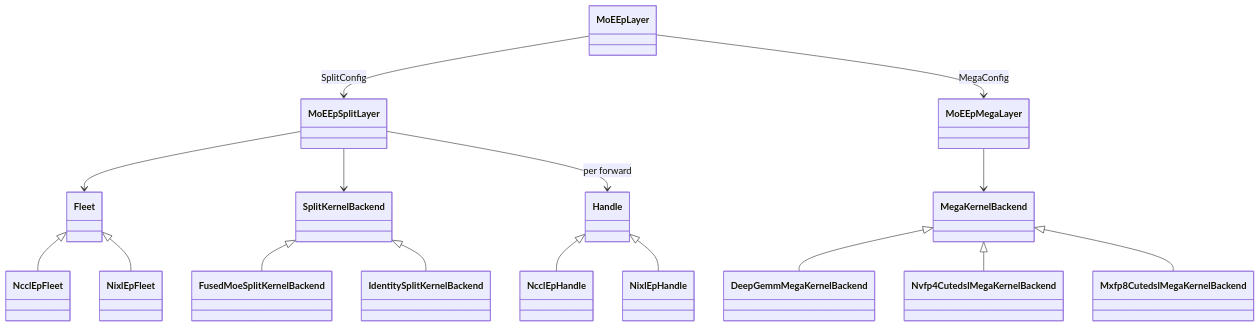
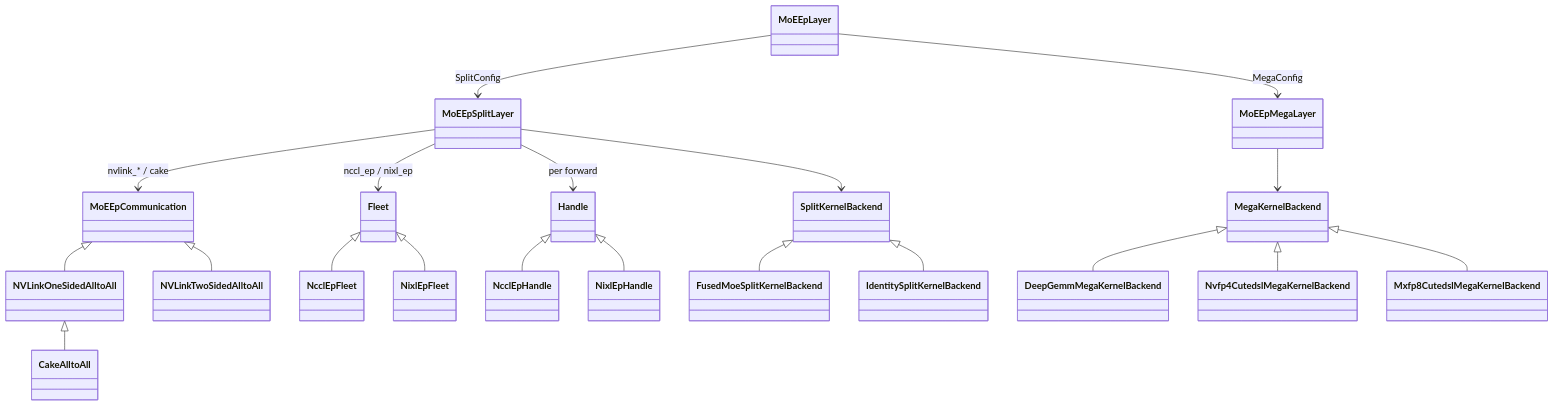
Before and after one commit to flashinfer-ai/flashinfer: the second of 4 diagrams in docs/design_docs/moe_ep_architecture.md, drawn with Mermaid. The commit also changed other lines of this file and 50 other files, not shown here.

````diff
--- a/docs/design_docs/moe_ep_architecture.md
+++ b/docs/design_docs/moe_ep_architecture.md
@@ -302,24 +341,29 @@
 ```mermaid
 classDiagram
     direction TB
 
     MoEEpLayer --> MoEEpSplitLayer : SplitConfig
     MoEEpLayer --> MoEEpMegaLayer : MegaConfig
 
-    MoEEpSplitLayer --> Fleet
+    MoEEpSplitLayer --> MoEEpCommunication : nvlink_* / cake
+    MoEEpSplitLayer --> Fleet : nccl_ep / nixl_ep
     MoEEpSplitLayer --> SplitKernelBackend
     MoEEpSplitLayer --> Handle : per forward
+
+    MoEEpCommunication <|-- NVLinkOneSidedAlltoAll
+    NVLinkOneSidedAlltoAll <|-- CakeAlltoAll
+    MoEEpCommunication <|-- NVLinkTwoSidedAlltoAll
 
     MoEEpMegaLayer --> MegaKernelBackend
 
     Fleet <|-- NcclEpFleet
     Fleet <|-- NixlEpFleet
     Handle <|-- NcclEpHandle
     Handle <|-- NixlEpHandle
 
     SplitKernelBackend <|-- FusedMoeSplitKernelBackend
     SplitKernelBackend <|-- IdentitySplitKernelBackend
     MegaKernelBackend <|-- DeepGemmMegaKernelBackend
     MegaKernelBackend <|-- Nvfp4CutedslMegaKernelBackend
     MegaKernelBackend <|-- Mxfp8CutedslMegaKernelBackend
 ```
````
